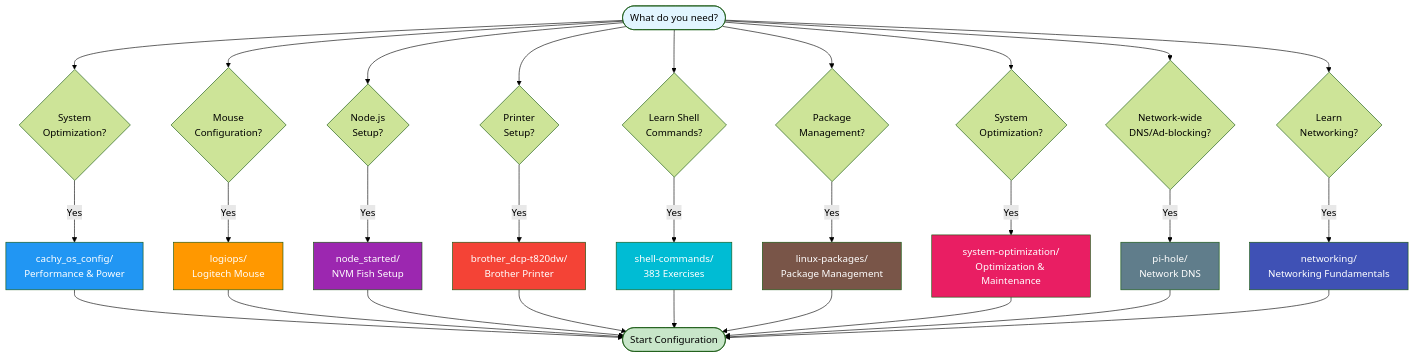
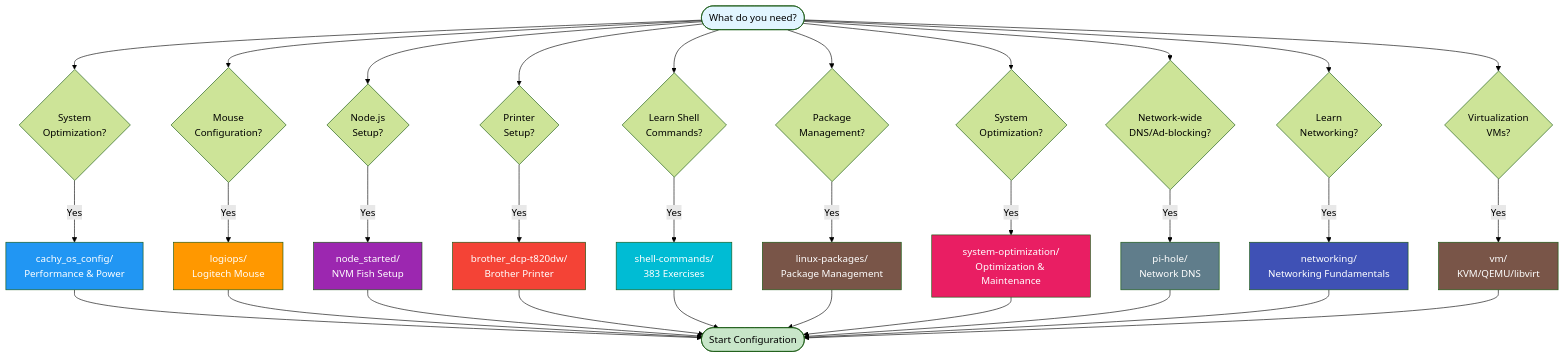
Before and after one commit to cjmaaz/ArchStarterPack: the third of 3 diagrams in README.md, drawn with Mermaid (forest theme). The commit also changed other lines of this file and 74 other files, not shown here.

````diff
--- a/README.md
+++ b/README.md
@@ -913,51 +963,56 @@
 ```mermaid
 flowchart TD
     Start([What do you need?]) --> Need1{System<br/>Optimization?}
     Need1 -->|Yes| CachyOS[cachy_os_config/<br/>Performance & Power]
 
     Start --> Need2{Mouse<br/>Configuration?}
     Need2 -->|Yes| LogiOps[logiops/<br/>Logitech Mouse]
 
     Start --> Need3{Node.js<br/>Setup?}
     Need3 -->|Yes| NodeJS[node_started/<br/>NVM Fish Setup]
 
     Start --> Need4{Printer<br/>Setup?}
     Need4 -->|Yes| Printer[brother_dcp-t820dw/<br/>Brother Printer]
 
     Start --> Need5{Learn Shell<br/>Commands?}
     Need5 -->|Yes| Shell[shell-commands/<br/>383 Exercises]
 
     Start --> Need6{Package<br/>Management?}
     Need6 -->|Yes| Packages[linux-packages/<br/>Package Management]
 
     Start --> Need7{System<br/>Optimization?}
     Need7 -->|Yes| Optimization[system-optimization/<br/>Optimization & Maintenance]
 
     Start --> Need8{Network-wide<br/>DNS/Ad-blocking?}
     Need8 -->|Yes| PiHole[pi-hole/<br/>Network DNS]
 
     Start --> Need9{Learn<br/>Networking?}
     Need9 -->|Yes| Networking[networking/<br/>Networking Fundamentals]
 
+    Start --> Need10{Virtualization<br/>VMs?}
+    Need10 -->|Yes| VM[vm/<br/>KVM/QEMU/libvirt]
+
     CachyOS --> End([Start Configuration])
     LogiOps --> End
     NodeJS --> End
     Printer --> End
     Shell --> End
     Packages --> End
     Optimization --> End
     PiHole --> End
     Networking --> End
+    VM --> End
 
     style Start fill:#e1f5ff
     style End fill:#c8e6c9
     style CachyOS fill:#2196f3,color:#fff
     style LogiOps fill:#ff9800,color:#fff
     style NodeJS fill:#9c27b0,color:#fff
     style Printer fill:#f44336,color:#fff
     style Shell fill:#00bcd4,color:#fff
     style Packages fill:#795548,color:#fff
     style Optimization fill:#e91e63,color:#fff
     style PiHole fill:#607d8b,color:#fff
     style Networking fill:#3f51b5,color:#fff
+    style VM fill:#795548,color:#fff
 ```
````
